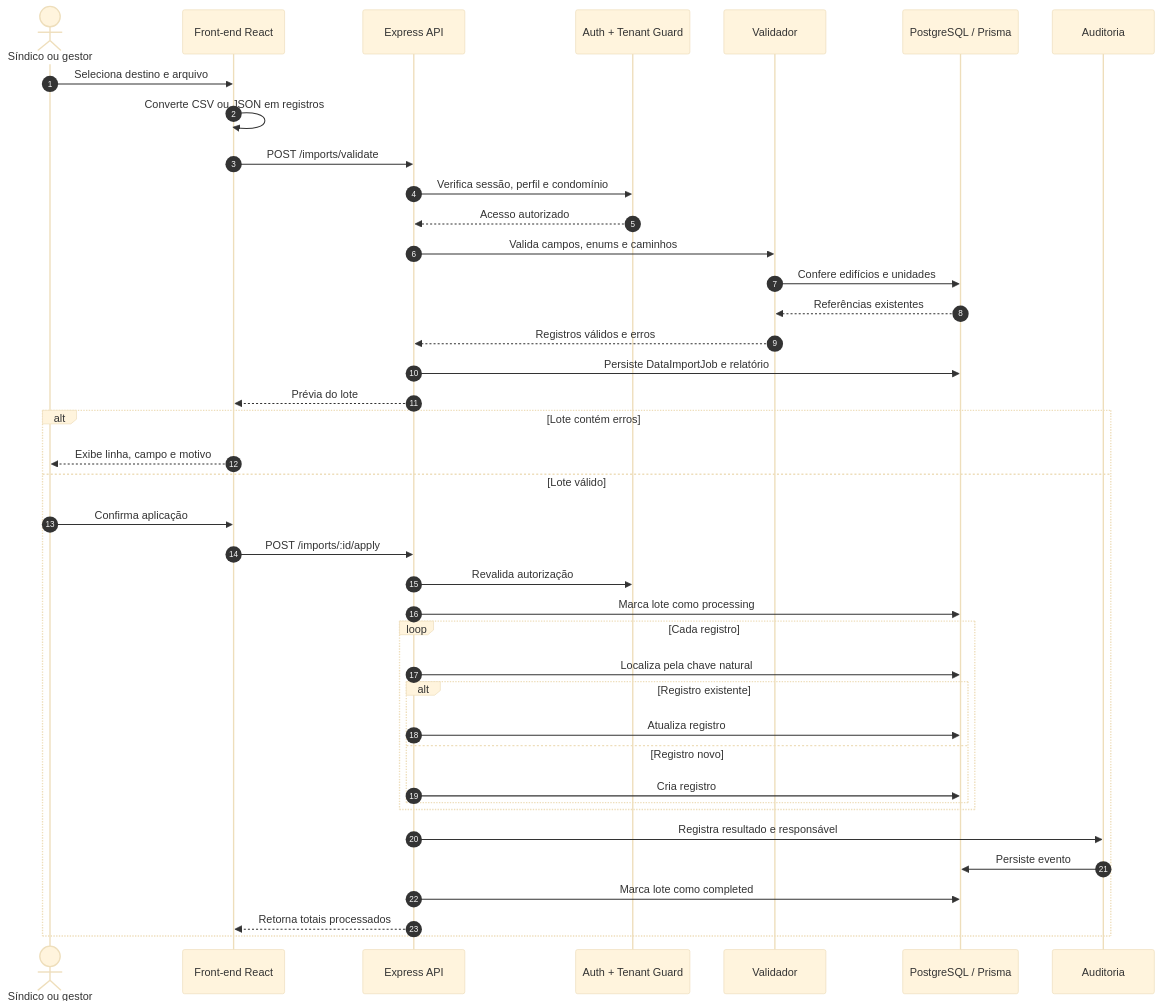
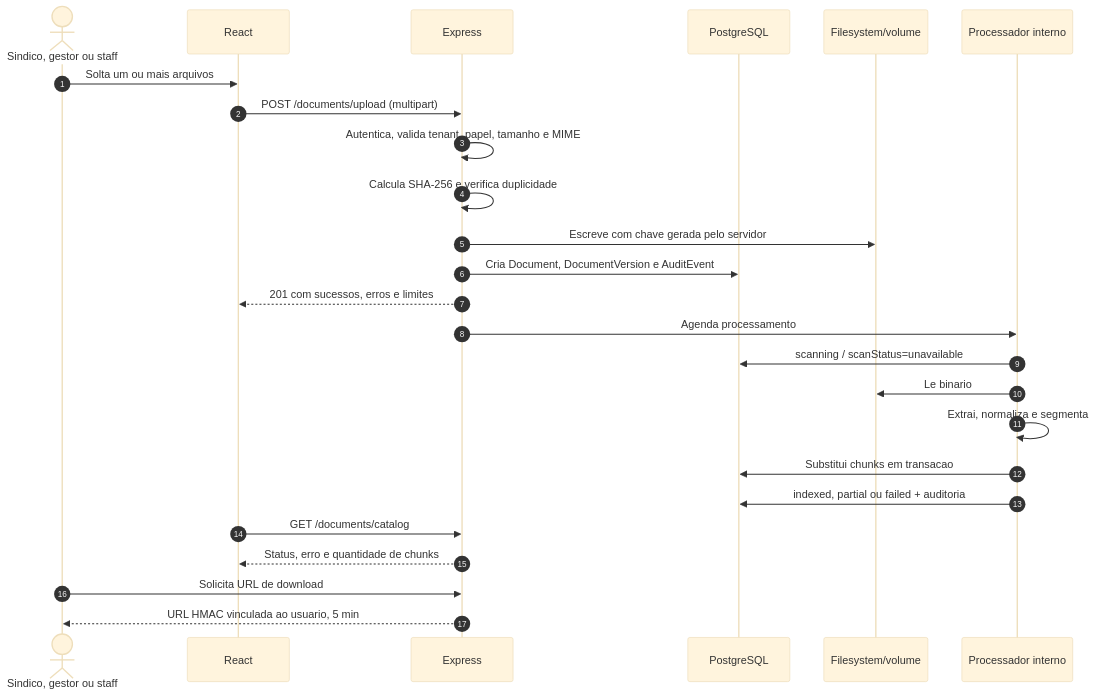
One commit to communitypower/GCV-Condominio-v3.0 changed the second of 5 diagrams in docs/DATA_IMPORT_TECHNICAL_ARCHITECTURE.md. Above: the diagram before and after it, drawn with Mermaid (base theme). The commit also changed other lines of this file and 8 other files, not shown here.

````diff
--- a/docs/DATA_IMPORT_TECHNICAL_ARCHITECTURE.md
+++ b/docs/DATA_IMPORT_TECHNICAL_ARCHITECTURE.md
@@ -73,44 +126,27 @@
 ```mermaid
 sequenceDiagram
     autonumber
-    actor Operator as Síndico ou gestor
-    participant UI as Front-end React
-    participant API as Express API
-    participant Guard as Auth + Tenant Guard
-    participant Validator as Validador
-    participant DB as PostgreSQL / Prisma
-    participant Audit as Auditoria
-
-    Operator->>UI: Seleciona destino e arquivo
-    UI->>UI: Converte CSV ou JSON em registros
-    UI->>API: POST /imports/validate
-    API->>Guard: Verifica sessão, perfil e condomínio
-    Guard-->>API: Acesso autorizado
-    API->>Validator: Valida campos, enums e caminhos
-    Validator->>DB: Confere edifícios e unidades
-    DB-->>Validator: Referências existentes
-    Validator-->>API: Registros válidos e erros
-    API->>DB: Persiste DataImportJob e relatório
-    API-->>UI: Prévia do lote
-
-    alt Lote contém erros
-        UI-->>Operator: Exibe linha, campo e motivo
-    else Lote válido
-        Operator->>UI: Confirma aplicação
-        UI->>API: POST /imports/:id/apply
-        API->>Guard: Revalida autorização
-        API->>DB: Marca lote como processing
-        loop Cada registro
-            API->>DB: Localiza pela chave natural
-            alt Registro existente
-                API->>DB: Atualiza registro
-            else Registro novo
-                API->>DB: Cria registro
-            end
-        end
-        API->>Audit: Registra resultado e responsável
-        Audit->>DB: Persiste evento
-        API->>DB: Marca lote como completed
-        API-->>UI: Retorna totais processados
-    end
+    actor Operator as Sindico, gestor ou staff
+    participant UI as React
+    participant API as Express
+    participant DB as PostgreSQL
+    participant FS as Filesystem/volume
+    participant Worker as Processador interno
+    Operator->>UI: Solta um ou mais arquivos
+    UI->>API: POST /documents/upload (multipart)
+    API->>API: Autentica, valida tenant, papel, tamanho e MIME
+    API->>API: Calcula SHA-256 e verifica duplicidade
+    API->>FS: Escreve com chave gerada pelo servidor
+    API->>DB: Cria Document, DocumentVersion e AuditEvent
+    API-->>UI: 201 com sucessos, erros e limites
+    API->>Worker: Agenda processamento
+    Worker->>DB: scanning / scanStatus=unavailable
+    Worker->>FS: Le binario
+    Worker->>Worker: Extrai, normaliza e segmenta
+    Worker->>DB: Substitui chunks em transacao
+    Worker->>DB: indexed, partial ou failed + auditoria
+    UI->>API: GET /documents/catalog
+    API-->>UI: Status, erro e quantidade de chunks
+    Operator->>API: Solicita URL de download
+    API-->>Operator: URL HMAC vinculada ao usuario, 5 min
 ```
````
